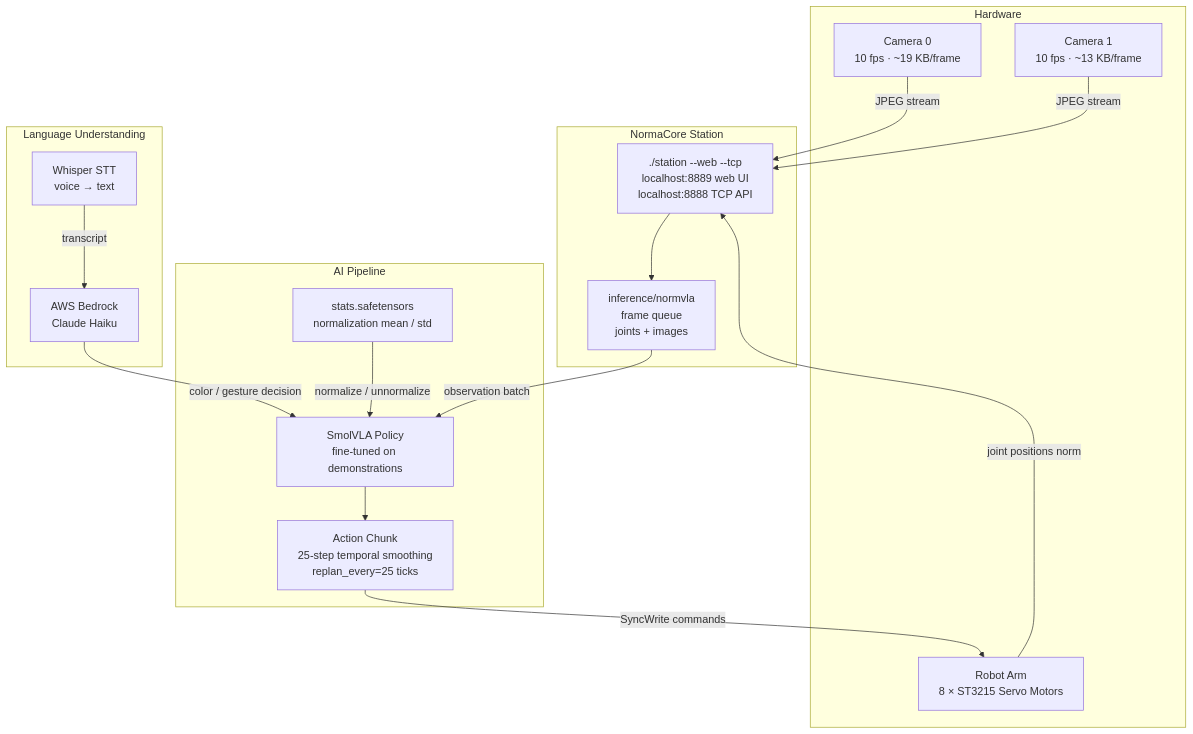
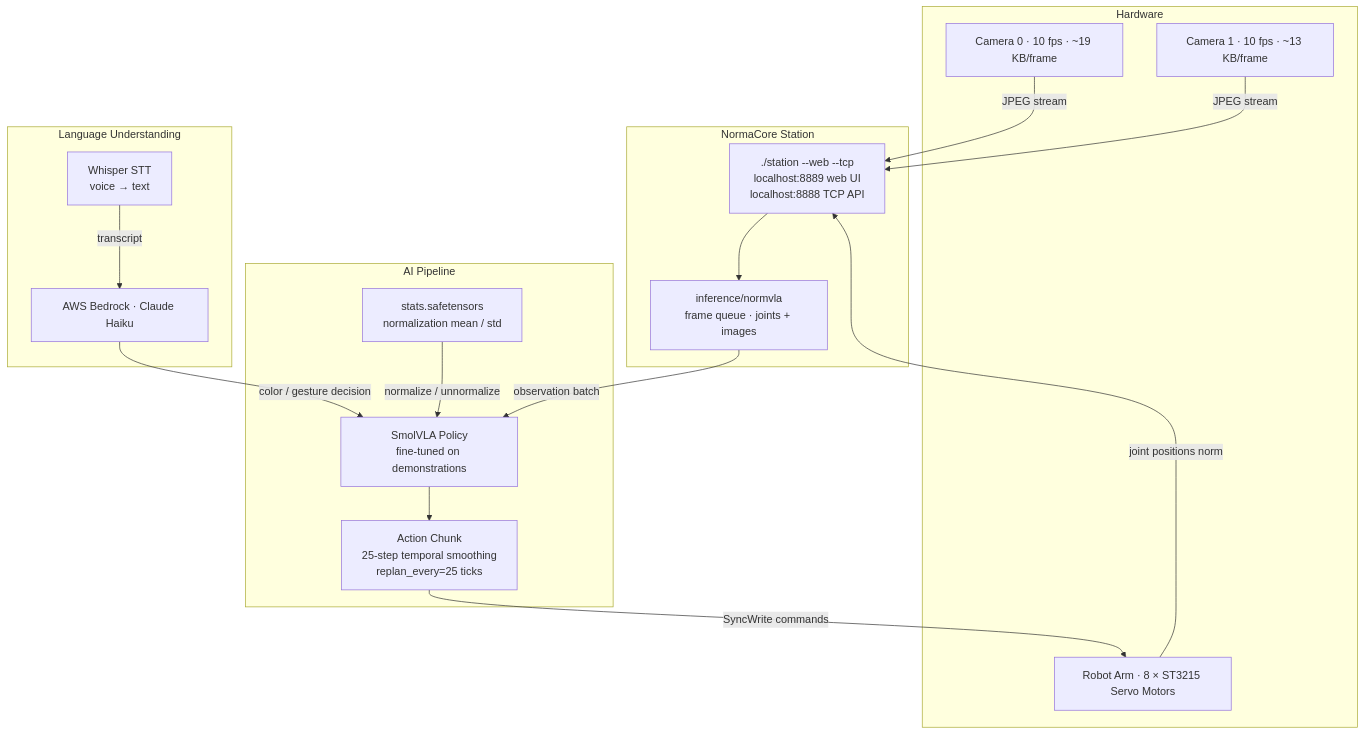
One commit to tejavadlamudi03/norma-robot changed the first of 3 diagrams in README.md. Above: the diagram before and after it, drawn with Mermaid. The commit also changed other lines of this file, not shown here.

````diff
--- a/README.md
+++ b/README.md
@@ -206,35 +132,35 @@
 ```mermaid
 graph TD
     subgraph Hardware
-        CAM0[Camera 0\n10 fps · ~19 KB/frame]
-        CAM1[Camera 1\n10 fps · ~13 KB/frame]
-        ARM[Robot Arm\n8 × ST3215 Servo Motors]
+        CAM0[Camera 0 · 10 fps · ~19 KB/frame]
+        CAM1[Camera 1 · 10 fps · ~13 KB/frame]
+        ARM[Robot Arm · 8 × ST3215 Servo Motors]
     end
 
     subgraph NormaCore Station
         STN["./station --web --tcp\nlocalhost:8889 web UI\nlocalhost:8888 TCP API"]
-        QUEUE[inference/normvla\nframe queue\njoints + images]
+        QUEUE[inference/normvla\nframe queue · joints + images]
     end
 
     subgraph AI Pipeline
         VLA[SmolVLA Policy\nfine-tuned on demonstrations]
         STATS[stats.safetensors\nnormalization mean / std]
         CHUNK["Action Chunk\n25-step temporal smoothing\nreplan_every=25 ticks"]
     end
 
     subgraph Language Understanding
         WHISPER[Whisper STT\nvoice → text]
-        BEDROCK[AWS Bedrock\nClaude Haiku]
+        BEDROCK[AWS Bedrock · Claude Haiku]
     end
 
     CAM0 -->|JPEG stream| STN
     CAM1 -->|JPEG stream| STN
     ARM -->|joint positions norm| STN
     STN --> QUEUE
     QUEUE -->|observation batch| VLA
     STATS -->|normalize / unnormalize| VLA
     VLA --> CHUNK
     CHUNK -->|SyncWrite commands| ARM
     WHISPER -->|transcript| BEDROCK
     BEDROCK -->|color / gesture decision| VLA
 ```
````
